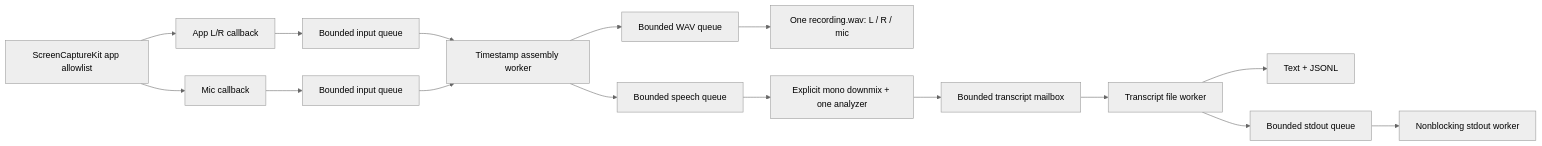
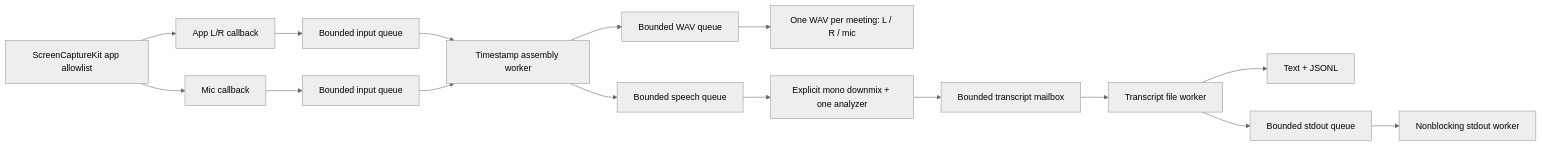
Before and after one commit to robertmeta/capture-it: the diagram in docs/architecture.md, drawn with Mermaid (neutral theme). The commit also changed other lines of this file and 34 other files, not shown here.

````diff
--- a/docs/architecture.md
+++ b/docs/architecture.md
@@ -25,18 +25,18 @@
 ```mermaid
 flowchart LR
     N[ScreenCaptureKit app allowlist] --> A[App L/R callback]
     N --> M[Mic callback]
     A --> AQ[Bounded input queue]
     M --> MQ[Bounded input queue]
     AQ --> C[Timestamp assembly worker]
     MQ --> C
     C --> WQ[Bounded WAV queue]
-    WQ --> W[One recording.wav: L / R / mic]
+    WQ --> W[One WAV per meeting: L / R / mic]
     C --> RQ[Bounded speech queue]
     RQ --> R[Explicit mono downmix + one analyzer]
     R --> T[Bounded transcript mailbox]
     T --> F[Transcript file worker]
     F --> TXT[Text + JSONL]
     F --> SQ[Bounded stdout queue]
     SQ --> SW[Nonblocking stdout worker]
 ```
````
